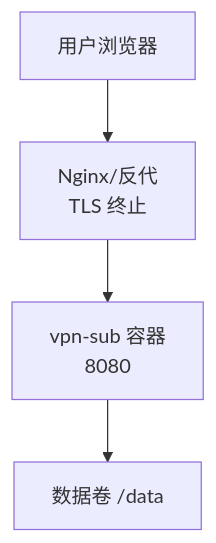
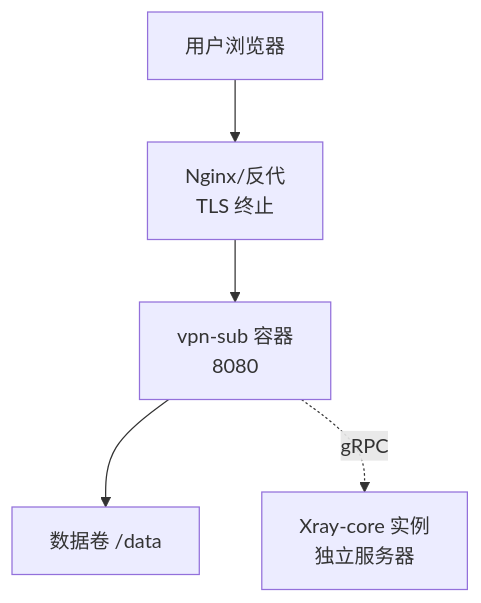
Diagram 11 of 11 in .qoder/repowiki/zh/content/架构设计/架构设计.md (AlcaProphet/VPN-Subscription-Management), drawn with Mermaid before and after one commit. The commit also changed other lines of this file and 109 other files, not shown here.

````diff
--- a/.qoder/repowiki/zh/content/架构设计/架构设计.md
+++ b/.qoder/repowiki/zh/content/架构设计/架构设计.md
@@ -345,10 +480,12 @@
 ```mermaid
 graph TB
 User["用户浏览器"]
 Proxy["Nginx/反代<br/>TLS 终止"]
 App["vpn-sub 容器<br/>8080"]
 Data["数据卷 /data"]
+Xray["Xray-core 实例<br/>独立服务器"]
 User --> Proxy
 Proxy --> App
 App --> Data
+App -.->|gRPC| Xray
 ```
````
